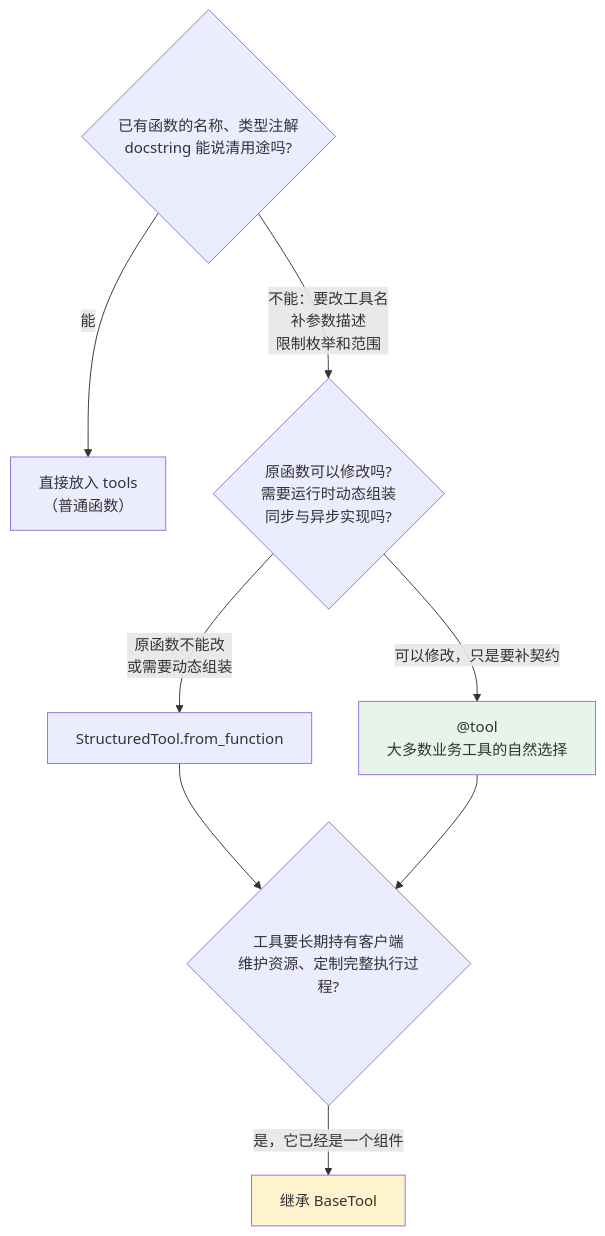
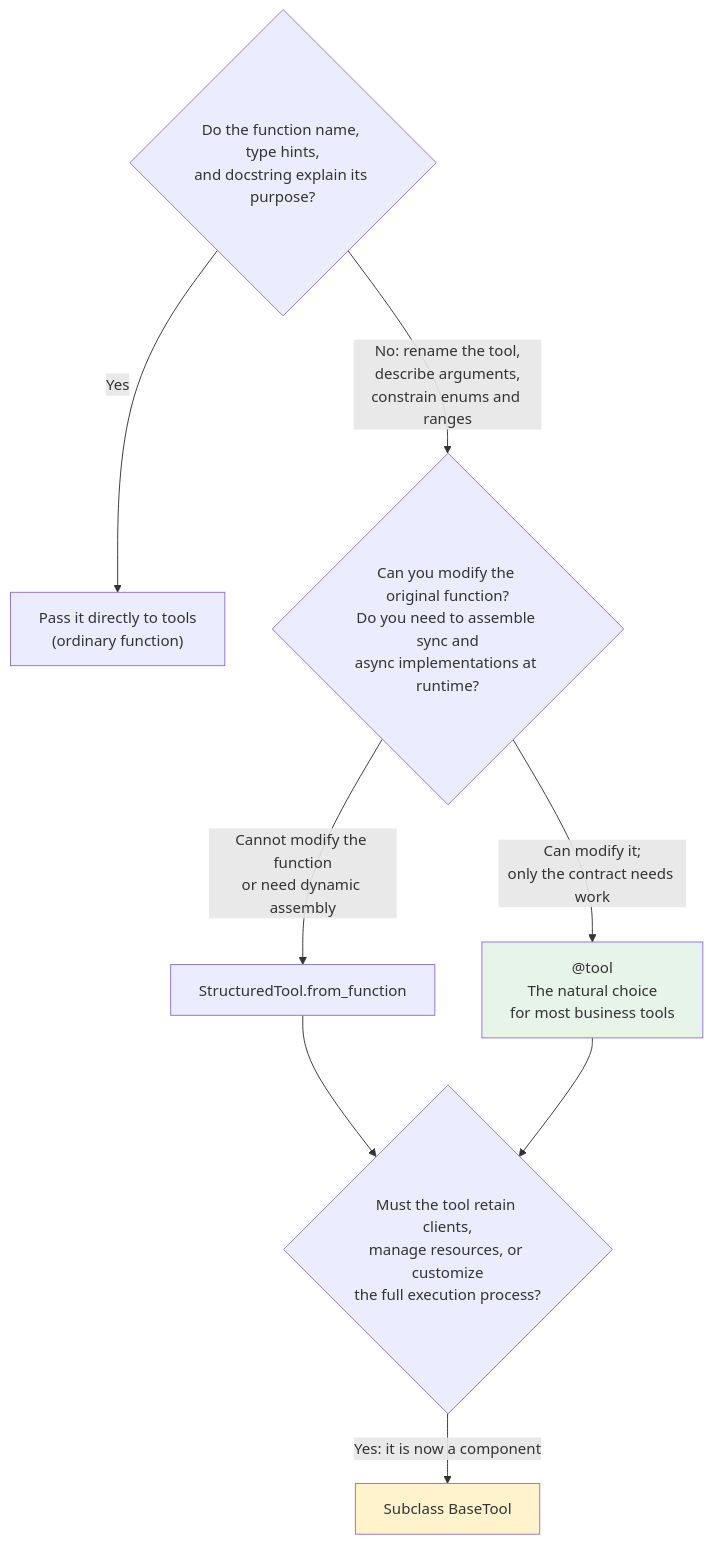
One commit to oneleaveknowsthefall/awesome-ai-roadmap changed the second of 3 diagrams in docs/frameworks/01-langchain/02-agent-building/05-tool-registration.md. Above: the diagram before and after it, drawn with Mermaid. The commit also changed other lines of this file and 70 other files, not shown here.

````diff
--- a/docs/frameworks/01-langchain/02-agent-building/05-tool-registration.md
+++ b/docs/frameworks/01-langchain/02-agent-building/05-tool-registration.md
@@ -34,14 +34,14 @@
 ```mermaid
 flowchart TB
-    Q1{"已有函数的名称、类型注解<br/>docstring 能说清用途吗?"}
-    Q1 -->|能| A["直接放入 tools<br/>（普通函数）"]
-    Q1 -->|不能：要改工具名<br/>补参数描述<br/>限制枚举和范围| Q2{"原函数可以修改吗?<br/>需要运行时动态组装<br/>同步与异步实现吗?"}
-    Q2 -->|可以修改，只是要补契约| B["@tool<br/>大多数业务工具的自然选择"]
-    Q2 -->|原函数不能改<br/>或需要动态组装| C["StructuredTool.from_function"]
-    C --> Q3{"工具要长期持有客户端<br/>维护资源、定制完整执行过程?"}
+    Q1{"Do the function name, type hints,<br/>and docstring explain its purpose?"}
+    Q1 -->|Yes| A["Pass it directly to tools<br/>(ordinary function)"]
+    Q1 -->|No: rename the tool,<br/>describe arguments,<br/>constrain enums and ranges| Q2{"Can you modify the original function?<br/>Do you need to assemble sync and<br/>async implementations at runtime?"}
+    Q2 -->|Can modify it;<br/>only the contract needs work| B["@tool<br/>The natural choice<br/>for most business tools"]
+    Q2 -->|Cannot modify the function<br/>or need dynamic assembly| C["StructuredTool.from_function"]
+    C --> Q3{"Must the tool retain clients,<br/>manage resources, or customize<br/>the full execution process?"}
     B --> Q3
-    Q3 -->|是，它已经是一个组件| D["继承 BaseTool"]
+    Q3 -->|Yes: it is now a component| D["Subclass BaseTool"]
 
     style B fill:#e6f4ea
     style D fill:#fff3cd
 ```
````
